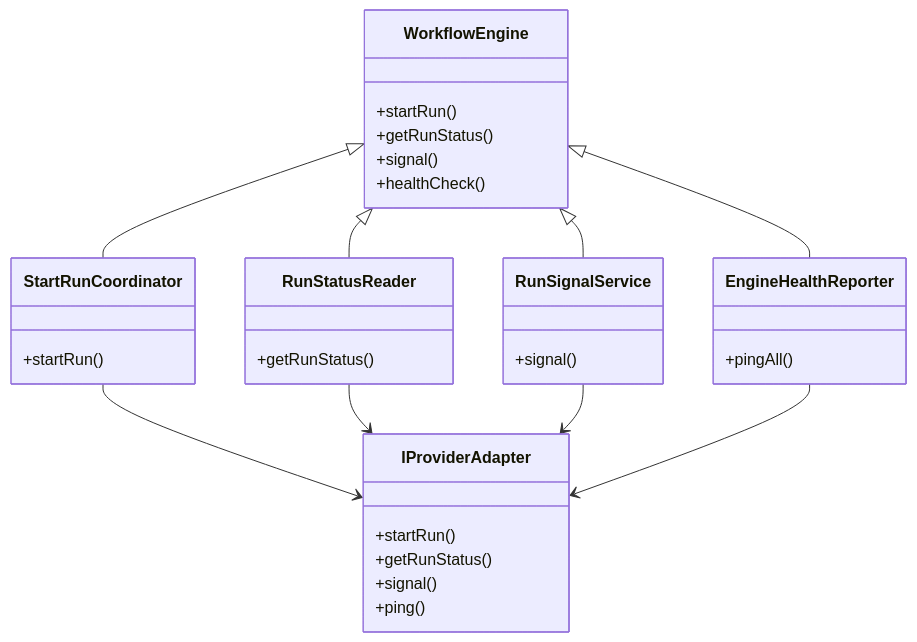
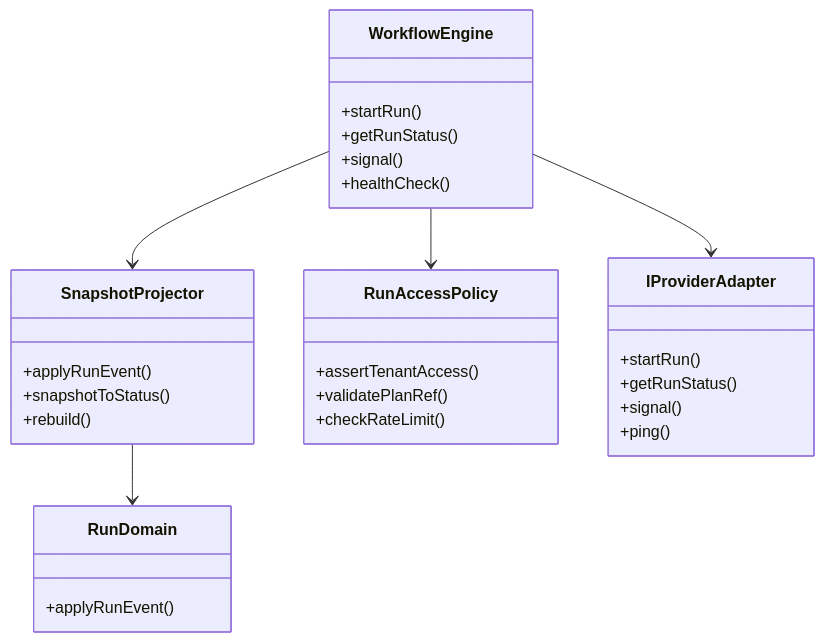
The second of 4 diagrams in docs/architecture/system-delivery-status.md (dunay2/dvt), drawn with Mermaid before and after one commit. The commit also changed other lines of this file and 2 other files, not shown here.

Commit message:
docs(engine): Align architecture docs with current code

````diff
--- a/docs/architecture/system-delivery-status.md
+++ b/docs/architecture/system-delivery-status.md
@@ -183,35 +181,32 @@
 ```mermaid
 classDiagram
     class WorkflowEngine {
         +startRun()
         +getRunStatus()
         +signal()
         +healthCheck()
     }
-    class StartRunCoordinator {
-        +startRun()
+    class SnapshotProjector {
+        +applyRunEvent()
+        +snapshotToStatus()
+        +rebuild()
     }
-    class RunStatusReader {
-        +getRunStatus()
-    }
-    class RunSignalService {
-        +signal()
-    }
-    class EngineHealthReporter {
-        +pingAll()
+    class RunAccessPolicy {
+        +assertTenantAccess()
+        +validatePlanRef()
+        +checkRateLimit()
     }
     class IProviderAdapter {
         +startRun()
         +getRunStatus()
         +signal()
         +ping()
     }
-    WorkflowEngine <|-- StartRunCoordinator
-    WorkflowEngine <|-- RunStatusReader
-    WorkflowEngine <|-- RunSignalService
-    WorkflowEngine <|-- EngineHealthReporter
-    StartRunCoordinator --> IProviderAdapter
-    RunStatusReader --> IProviderAdapter
-    RunSignalService --> IProviderAdapter
-    EngineHealthReporter --> IProviderAdapter
+    class RunDomain {
+        +applyRunEvent()
+    }
+    WorkflowEngine --> SnapshotProjector
+    WorkflowEngine --> RunAccessPolicy
+    WorkflowEngine --> IProviderAdapter
+    SnapshotProjector --> RunDomain
 ```
````
